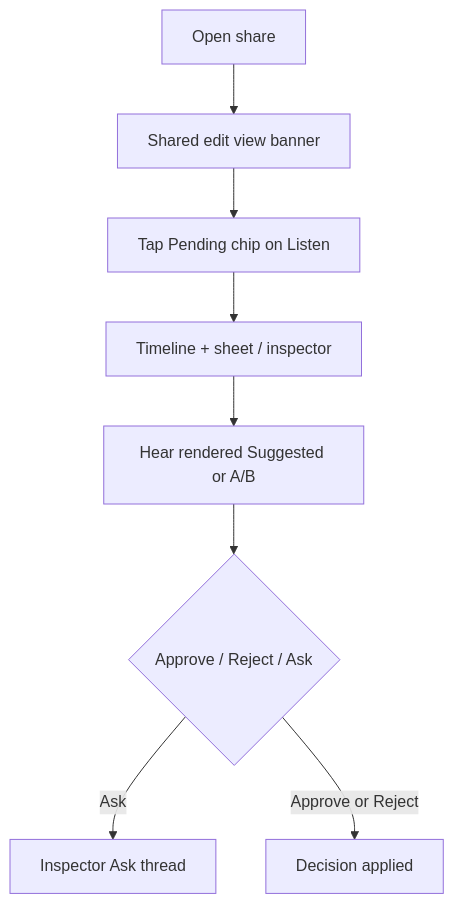
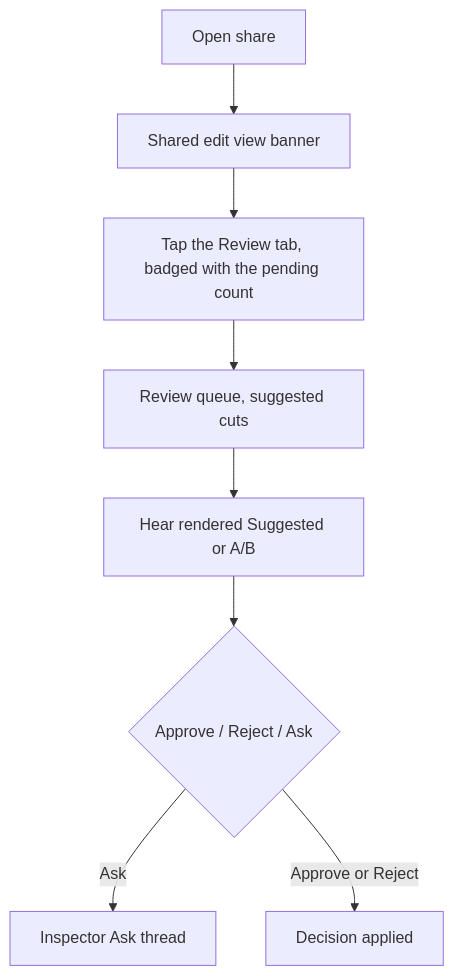
Before and after one commit to calebn/sharecut-studio: the third of 6 diagrams in ux/pages/guest-journeys.md, drawn with Mermaid. The commit also changed other lines of this file and 4 other files, not shown here.

First line of the commit message:
docs: drop the ruler, Listen mode and host-only queue from the comment docs

````diff
--- a/ux/pages/guest-journeys.md
+++ b/ux/pages/guest-journeys.md
@@ -96,10 +96,10 @@
 ```mermaid
 flowchart TD
   open[Open share] --> banner[Shared edit view banner]
-  banner --> chip[Tap Pending chip on Listen]
-  chip --> tl[Timeline + sheet / inspector]
+  banner --> chip[Tap the Review tab, badged with the pending count]
+  chip --> tl[Review queue, suggested cuts]
   tl --> audition[Hear rendered Suggested or A/B]
   audition --> decide{Approve / Reject / Ask}
   decide -->|Ask| thread[Inspector Ask thread]
   decide -->|Approve or Reject| done[Decision applied]
 ```
````
